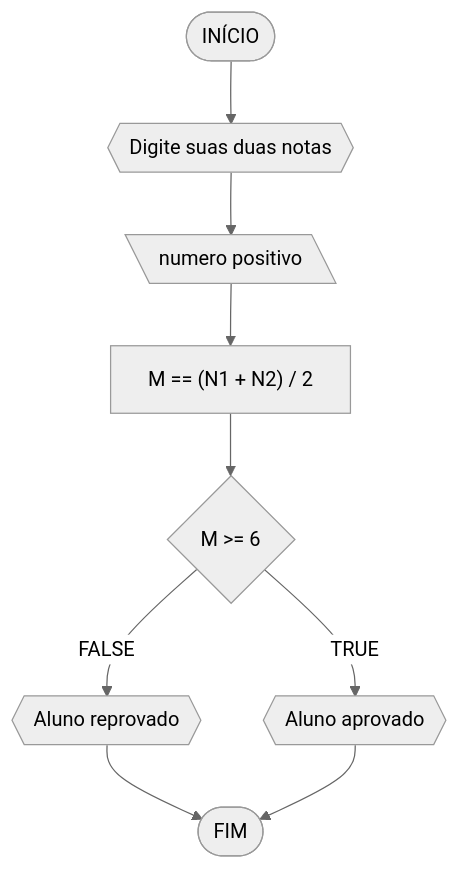
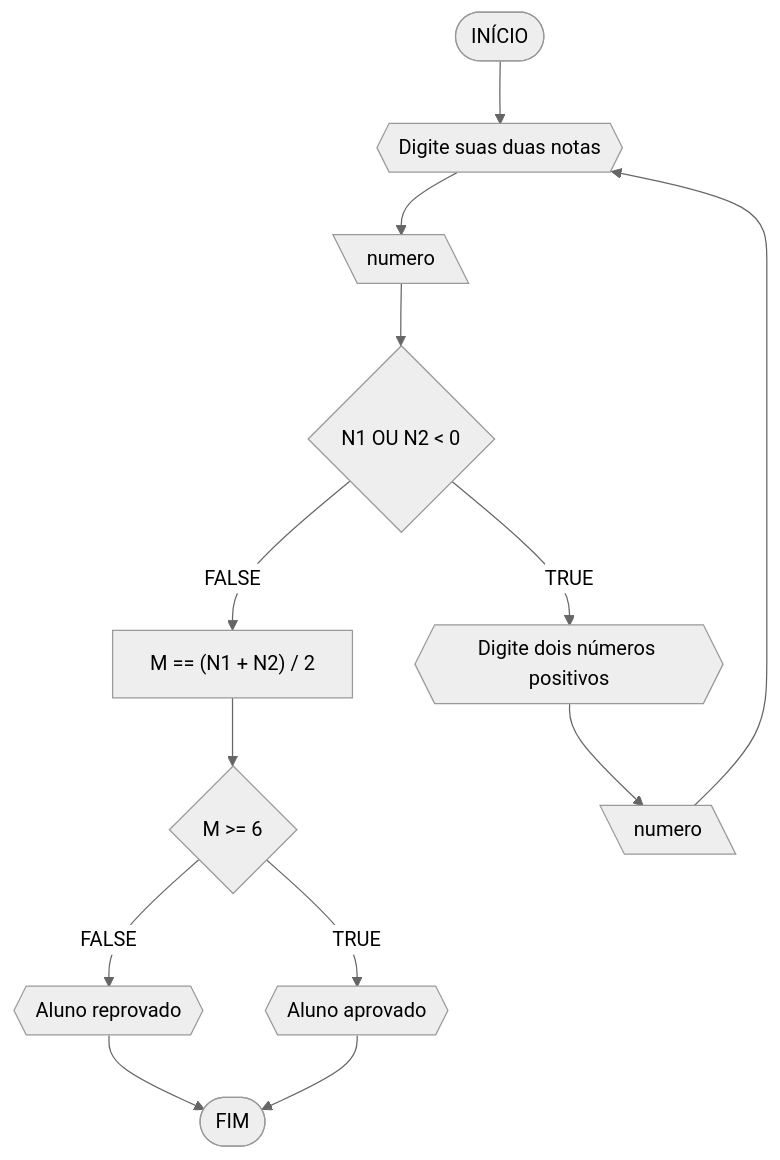
Before and after one commit to LucasCarreiro7/UNIFOR: the third of 4 diagrams in RLA/AF1/lista01.md, drawn with Mermaid (neutral theme). The commit also changed other lines of this file, not shown here.

````diff
--- a/RLA/AF1/lista01.md
+++ b/RLA/AF1/lista01.md
@@ -106,11 +119,15 @@
 ```mermaid
 flowchart TD
 A([INÍCIO]) --> B{{Digite suas duas notas}}
-B --> C[\numero positivo\]
-C --> D["M == (N1 + N2) / 2"]
+B --> C[\numero\]
+C --> C2{N1 OU N2 < 0}
+C2 --FALSE--> D["M == (N1 + N2) / 2"]
+C2 --TRUE--> C3{{Digite dois números positivos}}
+C3 --> C4[\numero\]
+C4 --> B
 D --> E{M >= 6}
 E --FALSE--> F{{Aluno reprovado}}
 E --TRUE--> G{{Aluno aprovado}}
 F --> Z([FIM])
 G --> Z
 ```
````
